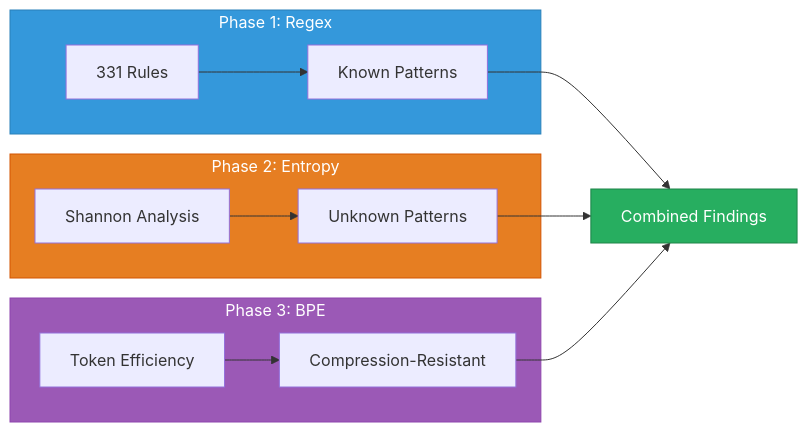
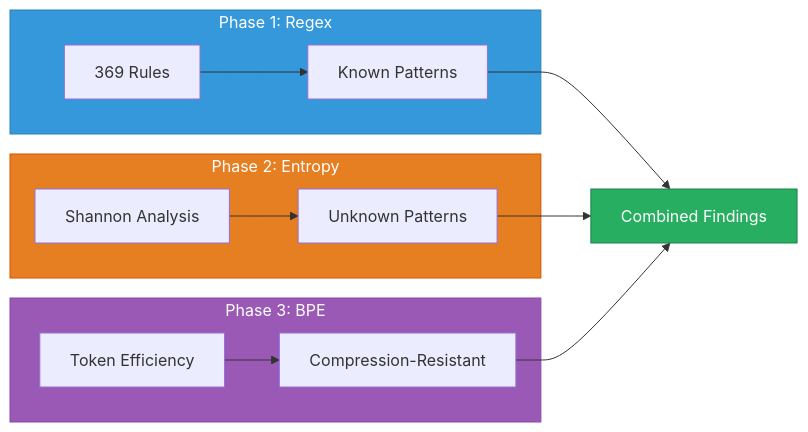
Before and after one commit to svemulapati/CredVigil: diagram 28 of 40 in docs/training/01-core-detection-engine.md, drawn with Mermaid. The commit also changed other lines of this file and 20 other files, not shown here.

````diff
--- a/docs/training/01-core-detection-engine.md
+++ b/docs/training/01-core-detection-engine.md
@@ -1535,17 +1535,17 @@
 ```mermaid
 flowchart LR
     subgraph Phase1["Phase 1: Regex"]
-        A["331 Rules"] --> B["Known Patterns"]
+        A["369 Rules"] --> B["Known Patterns"]
     end
     subgraph Phase2["Phase 2: Entropy"]
         C["Shannon Analysis"] --> D["Unknown Patterns"]
     end
     subgraph Phase3["Phase 3: BPE"]
         E["Token Efficiency"] --> F["Compression-Resistant"]
     end
     B & D & F --> G["Combined Findings"]
     style Phase1 fill:#3498DB,stroke:#2980B9,color:#fff
     style Phase2 fill:#E67E22,stroke:#D35400,color:#fff
     style Phase3 fill:#9B59B6,stroke:#8E44AD,color:#fff
     style G fill:#27AE60,stroke:#1E8449,color:#fff
 ```
````
